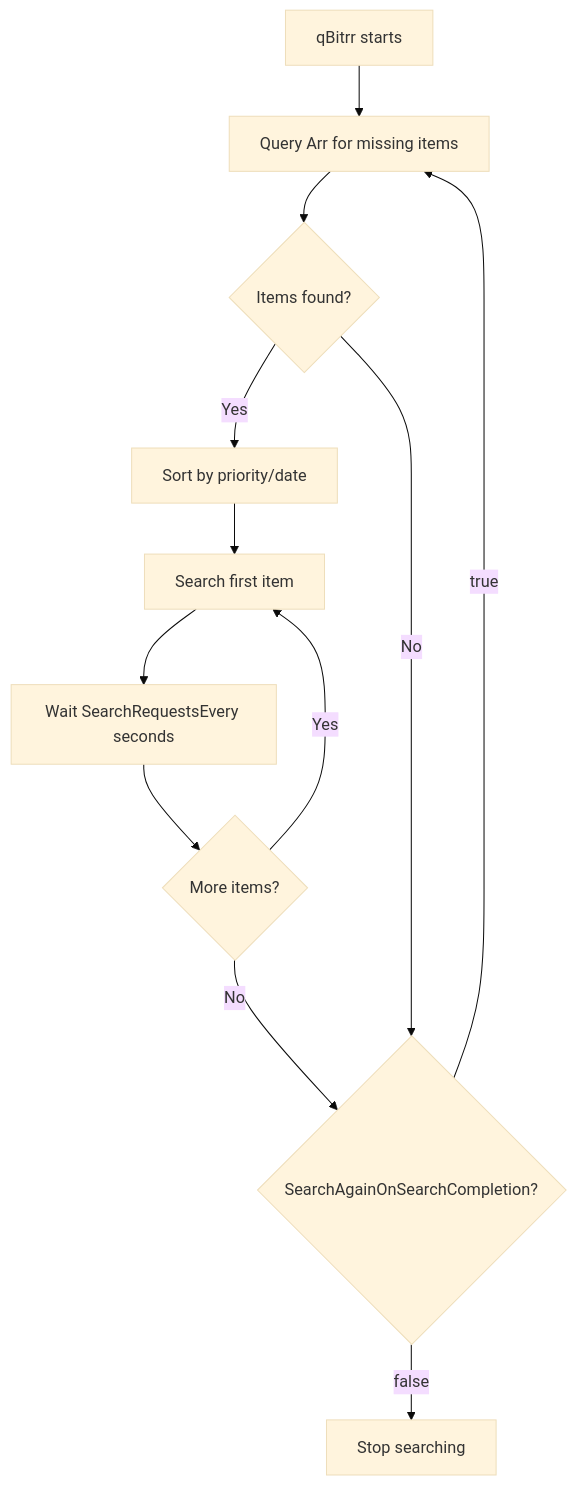
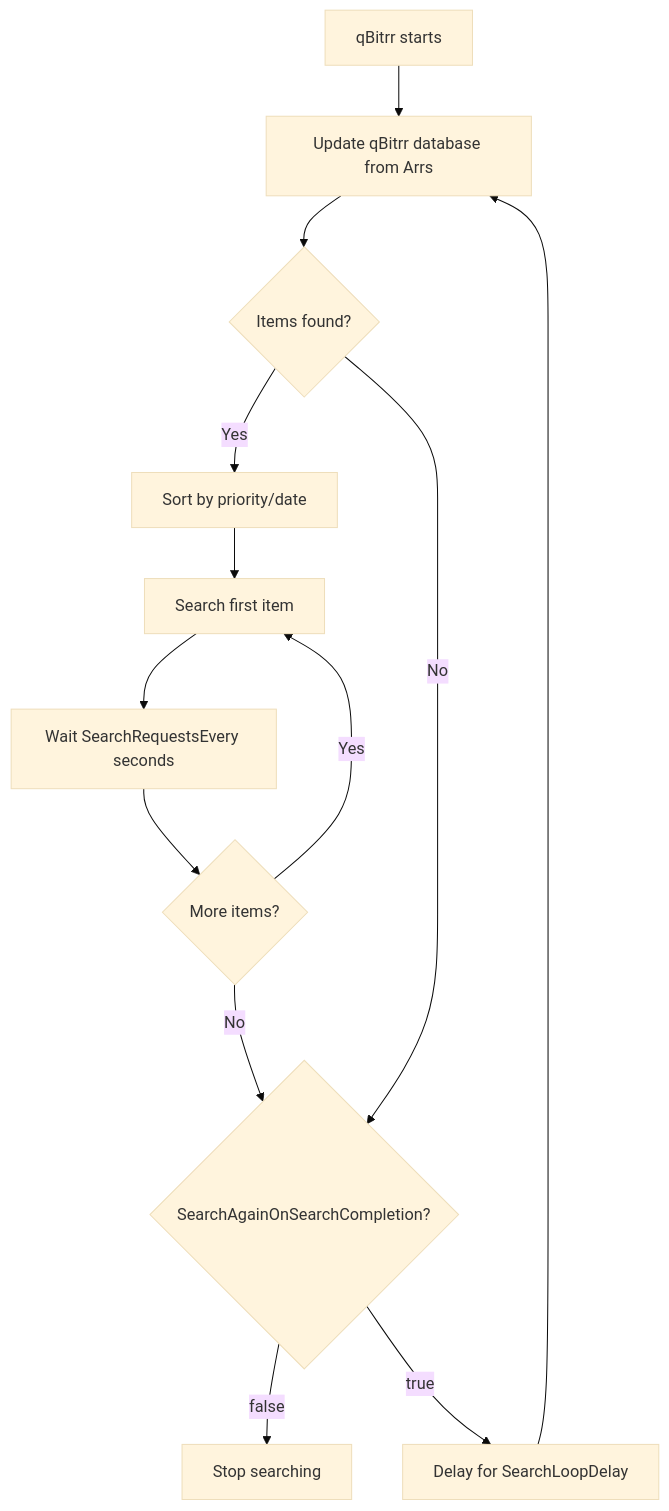
One commit to Feramance/qBitrr changed the diagram in docs/features/automated-search.md. Above: the diagram before and after it, drawn with Mermaid (base theme).

Commit message:
Search loop Update

````diff
--- a/docs/features/automated-search.md
+++ b/docs/features/automated-search.md
@@ -30,14 +30,15 @@
 ```mermaid
 graph TD
-    A[qBitrr starts] --> B[Query Arr for missing items]
+    A[qBitrr starts] --> B[Update qBitrr database from Arrs]
     B --> C{Items found?}
     C -->|Yes| D[Sort by priority/date]
     D --> E[Search first item]
     E --> F[Wait SearchRequestsEvery seconds]
     F --> G{More items?}
     G -->|Yes| E
     G -->|No| H{SearchAgainOnSearchCompletion?}
-    H -->|true| B
     H -->|false| I[Stop searching]
+    H -->|true| J[Delay for SearchLoopDelay]
+    J --> B
     C -->|No| H
 ```
````
